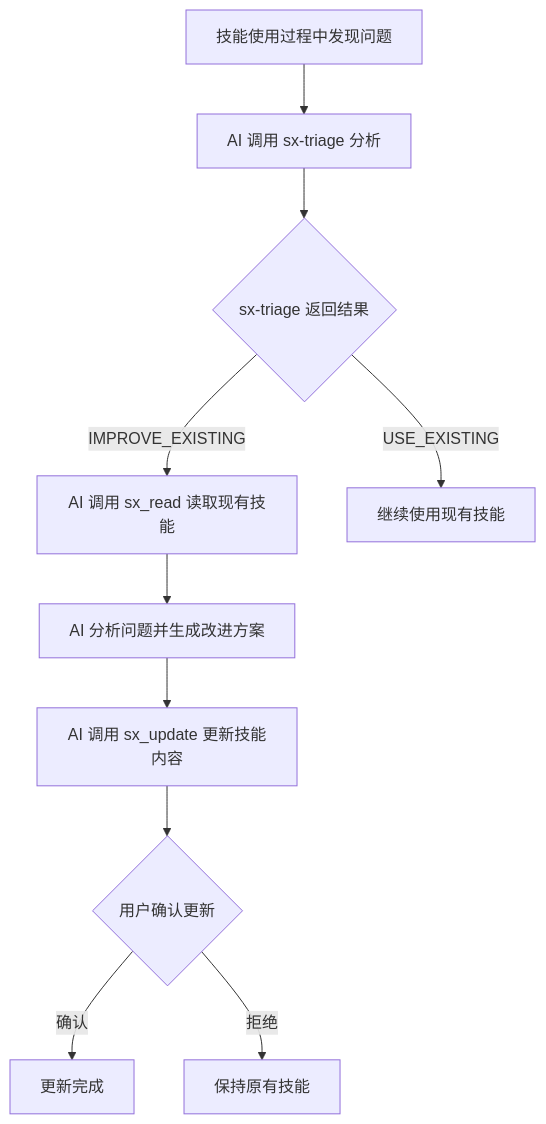
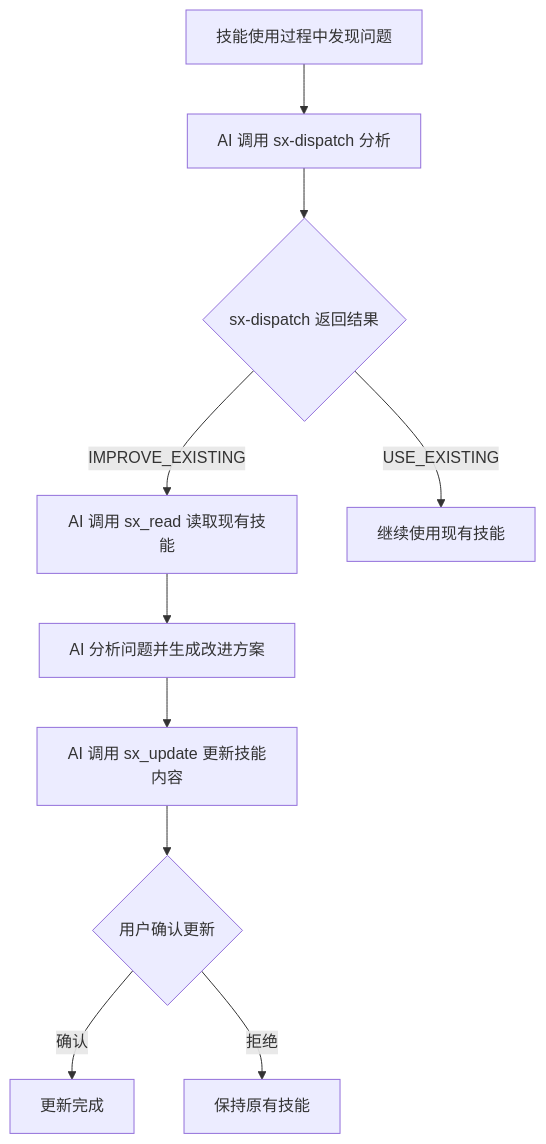
Before and after one commit to shetengteng/skillix-mcp: the fifth of 6 diagrams in design/02-设计/20260111-03-自动创建与进化设计.md, drawn with Mermaid. The commit also changed other lines of this file and 32 other files, not shown here.

````diff
--- a/design/02-设计/20260111-03-自动创建与进化设计.md
+++ b/design/02-设计/20260111-03-自动创建与进化设计.md
@@ -294,12 +294,12 @@
 ```mermaid
 flowchart TD
-    A[技能使用过程中发现问题] --> B[AI 调用 sx-triage 分析]
-    B --> C{sx-triage 返回结果}
+    A[技能使用过程中发现问题] --> B[AI 调用 sx-dispatch 分析]
+    B --> C{sx-dispatch 返回结果}
     C -->|IMPROVE_EXISTING| D[AI 调用 sx_read 读取现有技能]
     D --> E[AI 分析问题并生成改进方案]
     E --> F[AI 调用 sx_update 更新技能内容]
     F --> G{用户确认更新}
     G -->|确认| H[更新完成]
     G -->|拒绝| I[保持原有技能]
     C -->|USE_EXISTING| J[继续使用现有技能]
 ```
````
